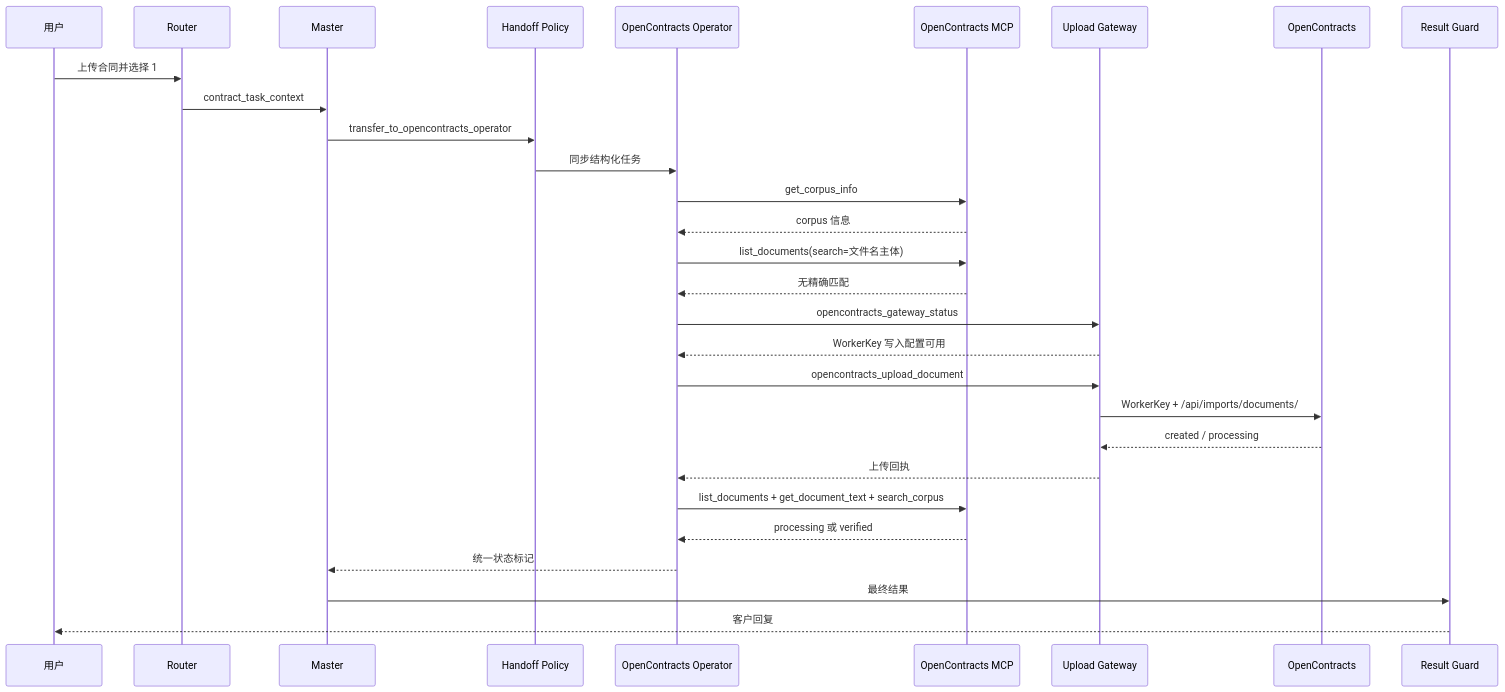
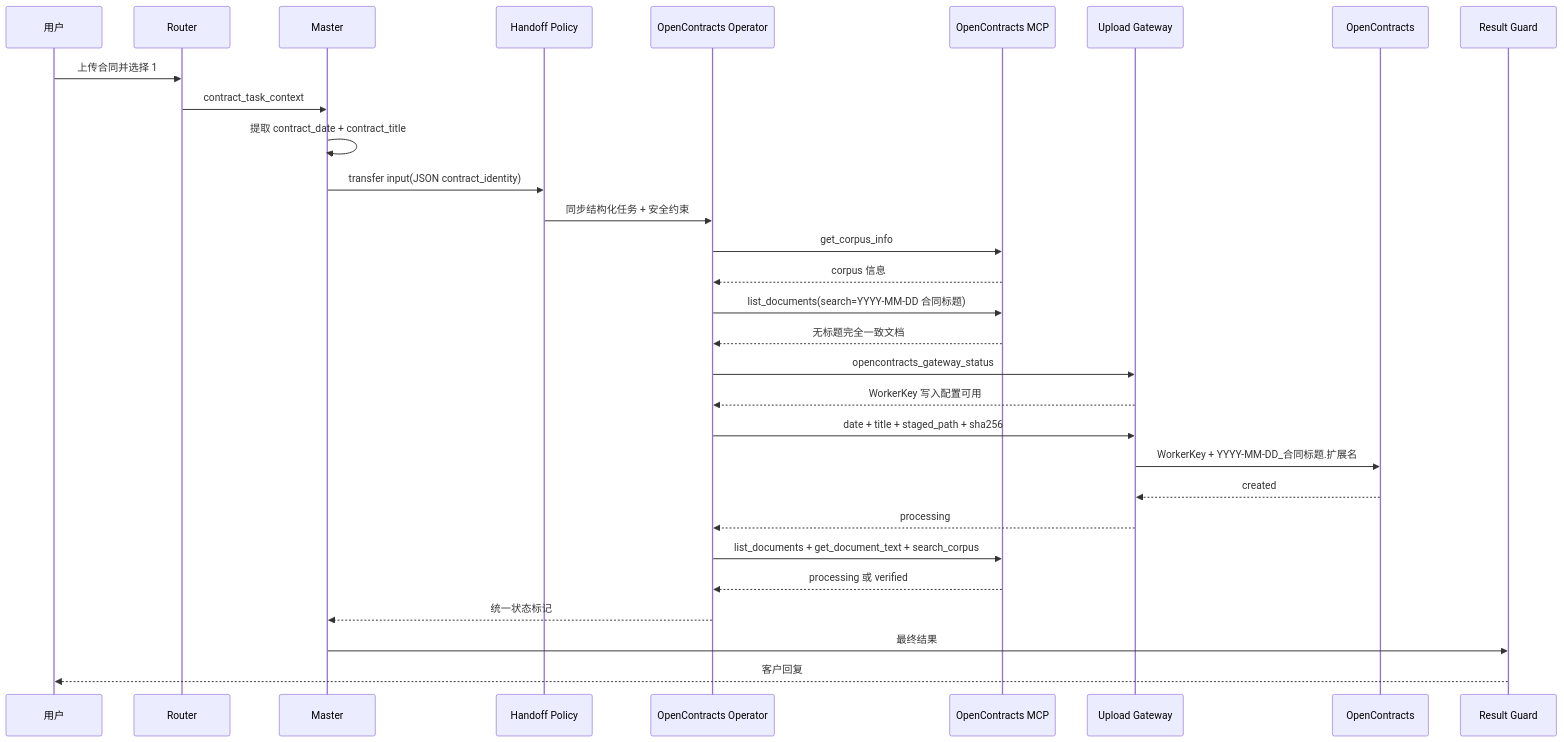
One commit to Ri0n72Y/ContractBotConfig changed the first of 5 diagrams in docs/architecture/upload-sequence.md. Above: the diagram before and after it, drawn with Mermaid. The commit also changed other lines of this file, not shown here.

Commit message:
docs: add canonical identity and uncertain commit flow

````diff
--- a/docs/architecture/upload-sequence.md
+++ b/docs/architecture/upload-sequence.md
@@ -5,32 +5,33 @@
 ```mermaid
 sequenceDiagram
     participant U as 用户
     participant R as Router
     participant M as Master
     participant H as Handoff Policy
     participant O as OpenContracts Operator
     participant MCP as OpenContracts MCP
     participant G as Upload Gateway
     participant OC as OpenContracts
     participant RG as Result Guard
 
     U->>R: 上传合同并选择 1
     R->>M: contract_task_context
-    M->>H: transfer_to_opencontracts_operator
-    H->>O: 同步结构化任务
+    M->>M: 提取 contract_date + contract_title
+    M->>H: transfer input(JSON contract_identity)
+    H->>O: 同步结构化任务 + 安全约束
     O->>MCP: get_corpus_info
     MCP-->>O: corpus 信息
-    O->>MCP: list_documents(search=文件名主体)
-    MCP-->>O: 无精确匹配
+    O->>MCP: list_documents(search=YYYY-MM-DD 合同标题)
+    MCP-->>O: 无标题完全一致文档
     O->>G: opencontracts_gateway_status
     G-->>O: WorkerKey 写入配置可用
-    O->>G: opencontracts_upload_document
-    G->>OC: WorkerKey + /api/imports/documents/
-    OC-->>G: created / processing
-    G-->>O: 上传回执
+    O->>G: date + title + staged_path + sha256
+    G->>OC: WorkerKey + YYYY-MM-DD_合同标题.扩展名
+    OC-->>G: created
+    G-->>O: processing
     O->>MCP: list_documents + get_document_text + search_corpus
     MCP-->>O: processing 或 verified
     O-->>M: 统一状态标记
     M->>RG: 最终结果
     RG-->>U: 客户回复
 ```
````
